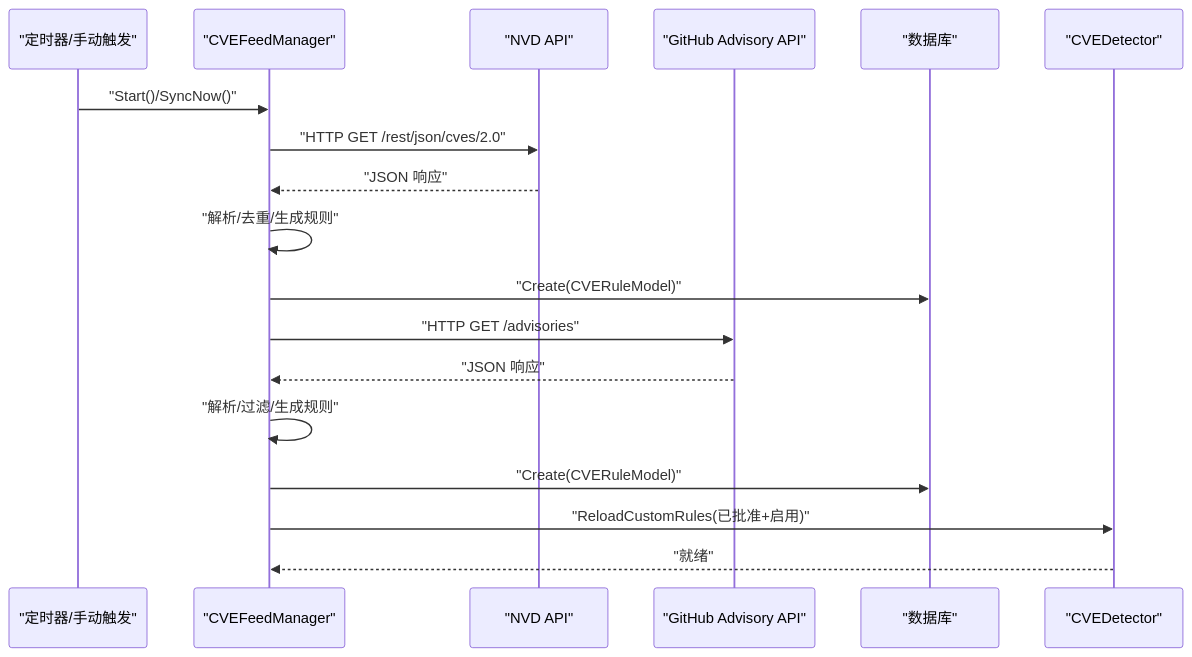
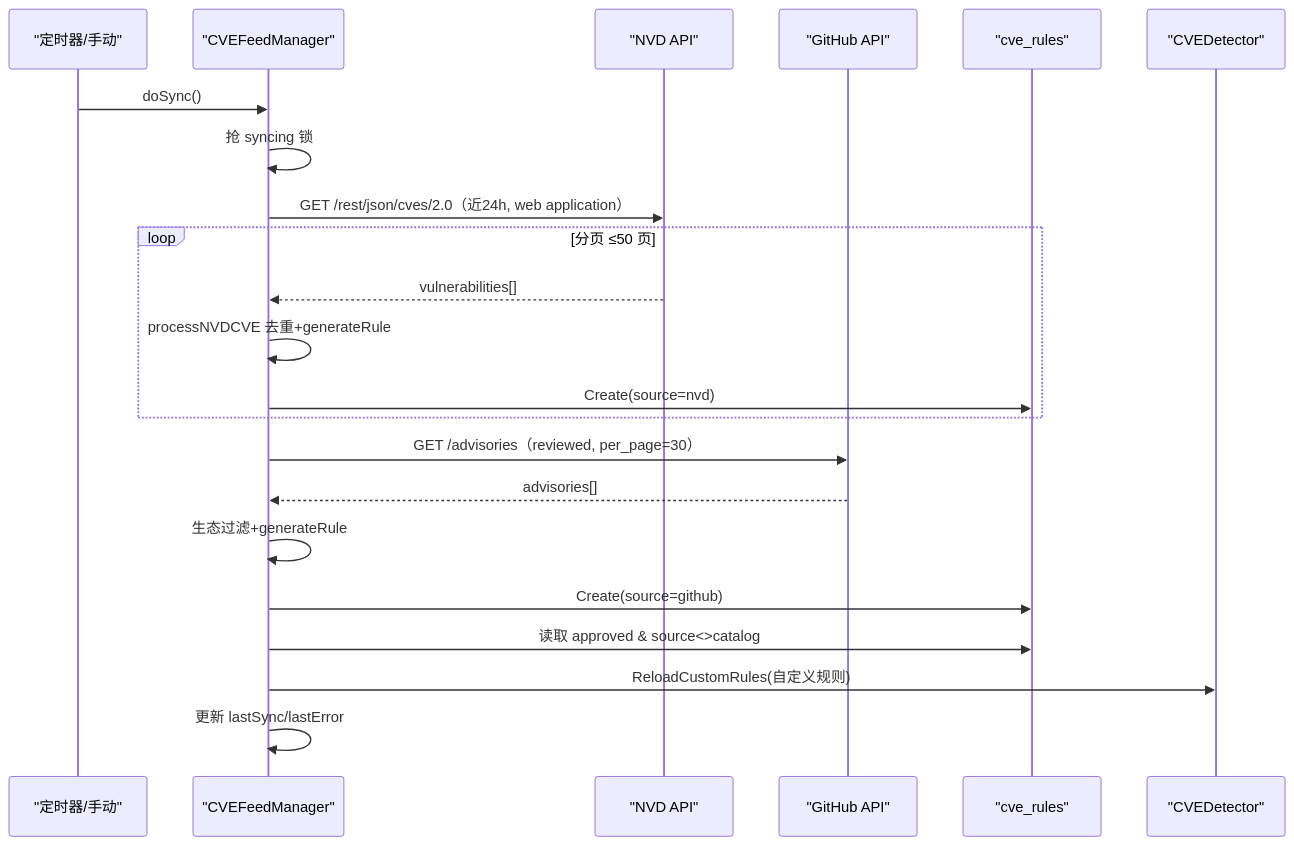
Before and after one commit to x01n/My-OpenWaf: the second of 3 diagrams in docs/安全防护功能/CVE 漏洞检测/CVE 数据源同步.md, drawn with Mermaid. The commit also changed other lines of this file and 622 other files, not shown here.

````diff
--- a/docs/安全防护功能/CVE 漏洞检测/CVE 数据源同步.md
+++ b/docs/安全防护功能/CVE 漏洞检测/CVE 数据源同步.md
@@ -98,20 +107,24 @@
 ```mermaid
 sequenceDiagram
-participant T as "定时器/手动触发"
+participant T as "定时器/手动"
 participant M as "CVEFeedManager"
 participant N as "NVD API"
-participant G as "GitHub Advisory API"
-participant D as "数据库"
+participant G as "GitHub API"
+participant D as "cve_rules"
 participant E as "CVEDetector"
-T->>M : "Start()/SyncNow()"
-M->>N : "HTTP GET /rest/json/cves/2.0"
-N-->>M : "JSON 响应"
-M->>M : "解析/去重/生成规则"
-M->>D : "Create(CVERuleModel)"
-M->>G : "HTTP GET /advisories"
-G-->>M : "JSON 响应"
-M->>M : "解析/过滤/生成规则"
-M->>D : "Create(CVERuleModel)"
-M->>E : "ReloadCustomRules(已批准+启用)"
-E-->>M : "就绪"
+T->>M : doSync()
+M->>M : 抢 syncing 锁
+M->>N : GET /rest/json/cves/2.0（近24h, web application）
+loop 分页 ≤50 页
+N-->>M : vulnerabilities[]
+M->>M : processNVDCVE 去重+generateRule
+M->>D : Create(source=nvd)
+end
+M->>G : GET /advisories（reviewed, per_page=30）
+G-->>M : advisories[]
+M->>M : 生态过滤+generateRule
+M->>D : Create(source=github)
+M->>D : 读取 approved & source<>catalog
+M->>E : ReloadCustomRules(自定义规则)
+M->>M : 更新 lastSync/lastError
 ```
````
